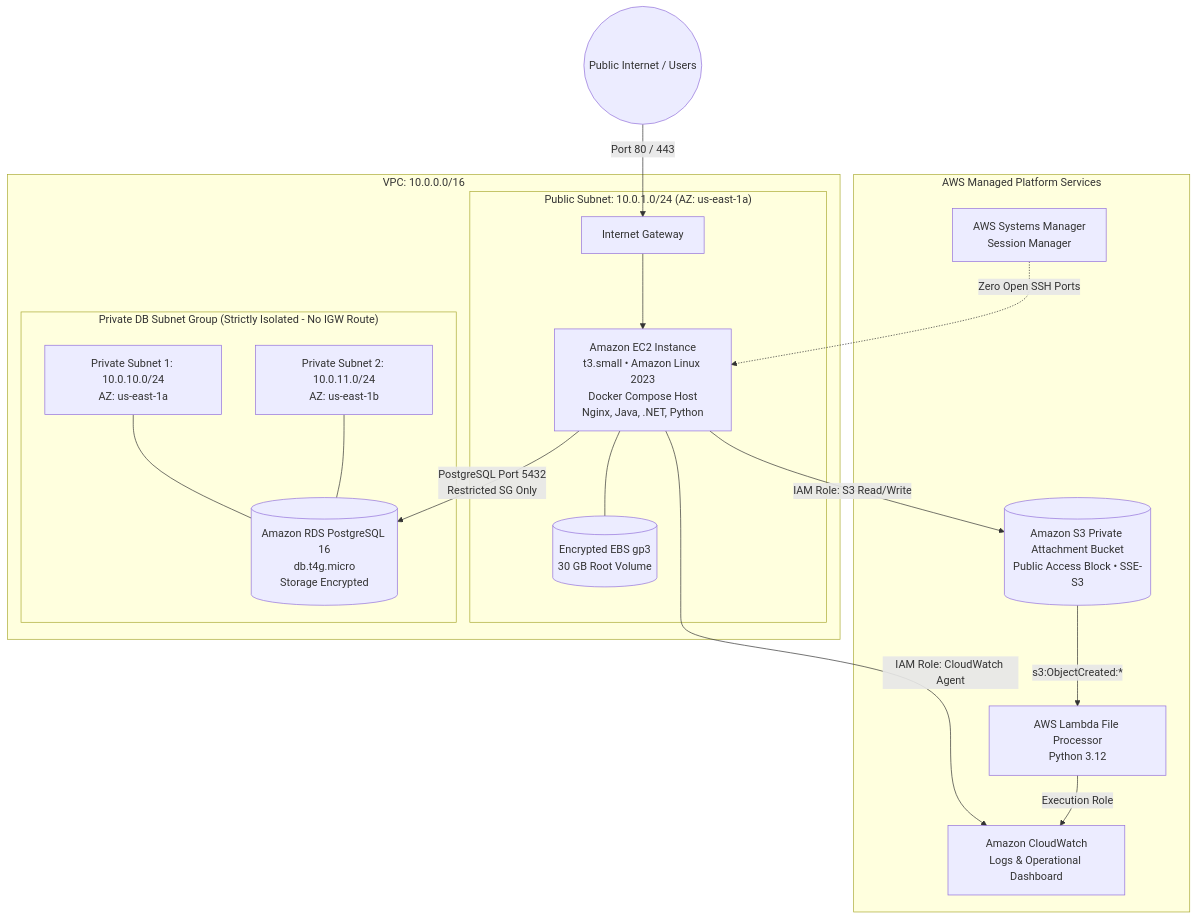
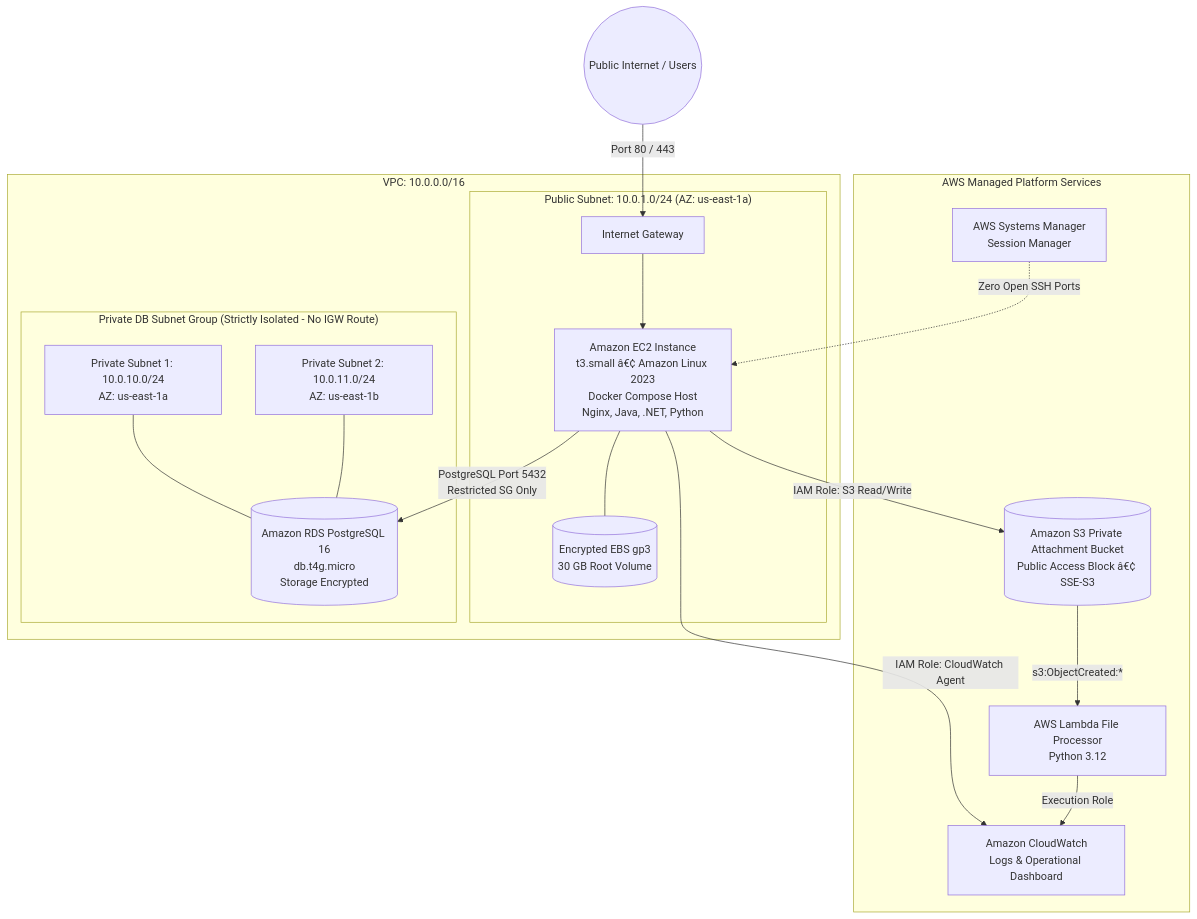
Before and after one commit to AbhiramMokkala/Ticket_Desk: the diagram in docs/aws-architecture.md, drawn with Mermaid. The commit also changed other lines of this file and 96 other files, not shown here.

````diff
--- a/docs/aws-architecture.md
+++ b/docs/aws-architecture.md
@@ -7,29 +7,29 @@
 ```mermaid
 graph TD
     Internet((Public Internet / Users)) -->|Port 80 / 443| IGW[Internet Gateway]
 
     subgraph "VPC: 10.0.0.0/16"
         subgraph "Public Subnet: 10.0.1.0/24 (AZ: us-east-1a)"
-            IGW --> EC2[Amazon EC2 Instance<br/>t3.small • Amazon Linux 2023<br/>Docker Compose Host<br/>Nginx, Java, .NET, Python]
+            IGW --> EC2[Amazon EC2 Instance<br/>t3.small â€¢ Amazon Linux 2023<br/>Docker Compose Host<br/>Nginx, Java, .NET, Python]
             EBS[(Encrypted EBS gp3<br/>30 GB Root Volume)]
             EC2 --- EBS
         end
 
         subgraph "Private DB Subnet Group (Strictly Isolated - No IGW Route)"
             SubnetA[Private Subnet 1: 10.0.10.0/24<br/>AZ: us-east-1a]
             SubnetB[Private Subnet 2: 10.0.11.0/24<br/>AZ: us-east-1b]
             
             EC2 -->|PostgreSQL Port 5432<br/>Restricted SG Only| RDS[(Amazon RDS PostgreSQL 16<br/>db.t4g.micro<br/>Storage Encrypted)]
             SubnetA --- RDS
             SubnetB --- RDS
         end
     end
 
     subgraph "AWS Managed Platform Services"
-        EC2 -->|IAM Role: S3 Read/Write| S3[(Amazon S3 Private Attachment Bucket<br/>Public Access Block • SSE-S3)]
+        EC2 -->|IAM Role: S3 Read/Write| S3[(Amazon S3 Private Attachment Bucket<br/>Public Access Block â€¢ SSE-S3)]
         S3 -->|s3:ObjectCreated:*| Lambda[AWS Lambda File Processor<br/>Python 3.12]
         EC2 -->|IAM Role: CloudWatch Agent| CW[Amazon CloudWatch<br/>Logs & Operational Dashboard]
         Lambda -->|Execution Role| CW
         SSM[AWS Systems Manager<br/>Session Manager] -.->|Zero Open SSH Ports| EC2
     end
 ```
````
